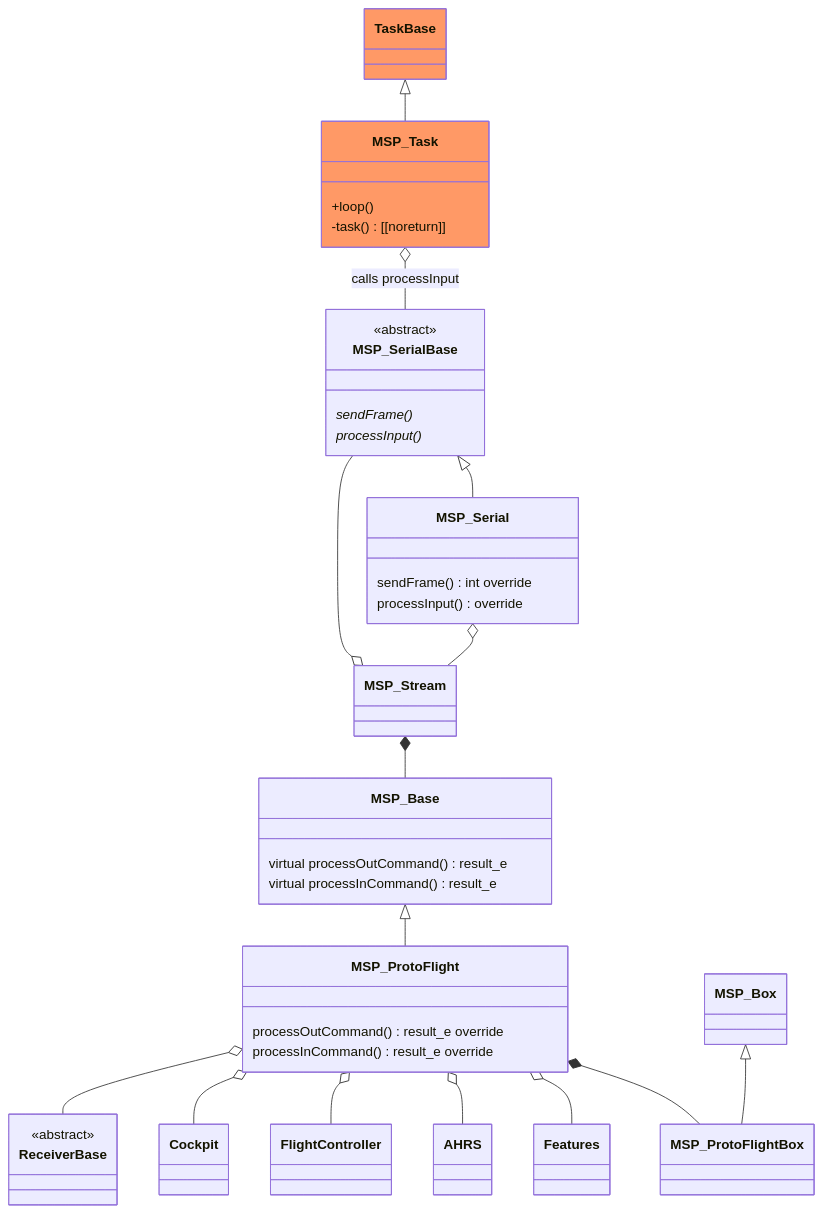
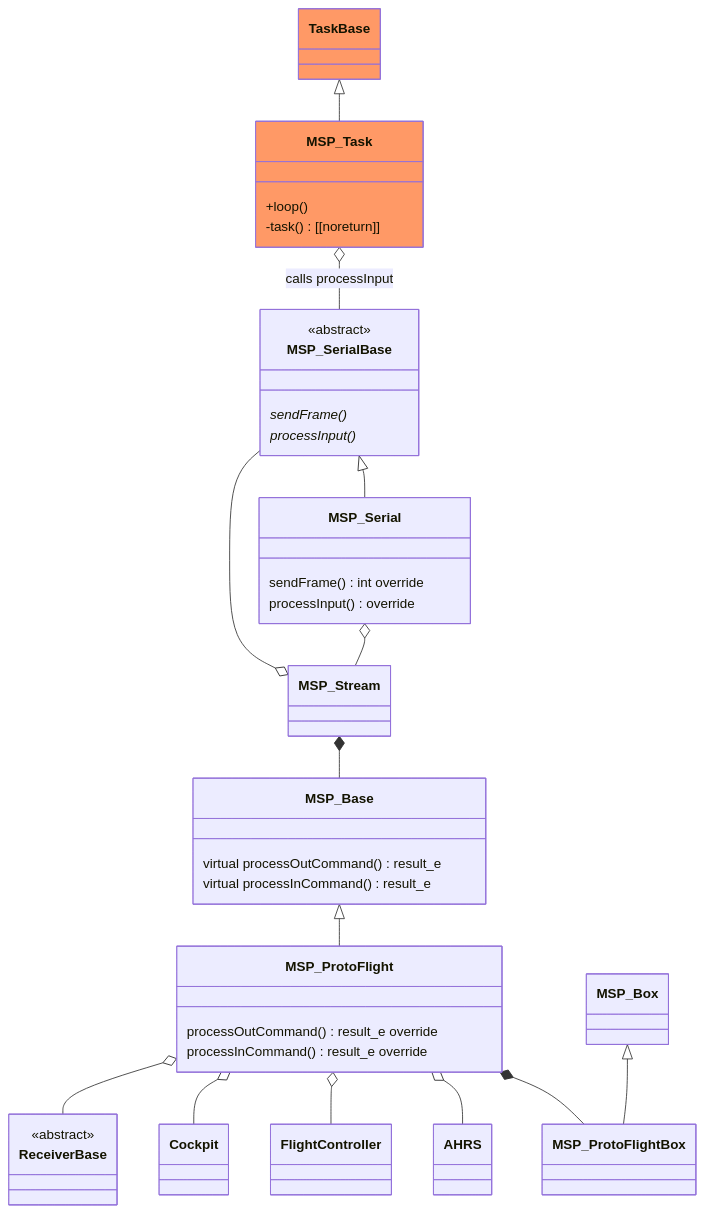
One commit to martinbudden/Protoflight changed the fourth of 6 diagrams in README.md. Above: the diagram before and after it, drawn with Mermaid. The commit also changed other lines of this file, not shown here.

````diff
--- a/README.md
+++ b/README.md
@@ -877,65 +877,64 @@
 ```mermaid
 classDiagram
     class MSP_SerialBase {
         <<abstract>>
         sendFrame() *
         processInput() *
     }
     link MSP_SerialBase "https://github.com/martinbudden/Library-MultiWiiSerialProtocol/blob/main/src/MSP_SerialBase.h"
     class MSP_Base {
         virtual processOutCommand() result_e
         virtual processInCommand() result_e
     }
     link MSP_Base "https://github.com/martinbudden/Library-MultiWiiSerialProtocol/blob/main/src/MSP_Base.h"
     class MSP_Stream {
     }
     link MSP_Stream "https://github.com/martinbudden/Library-MultiWiiSerialProtocol/blob/main/src/MSP_Stream.h"
     MSP_Stream *-- MSP_Base
     MSP_Stream o-- MSP_SerialBase
 
     MSP_SerialBase <|-- MSP_Serial
     class MSP_Serial {
         sendFrame() int override
         processInput() override
     }
     link MSP_Serial "https://github.com/martinbudden/protoflight/blob/main/lib/MSP/src/MSP_Serial.h"
     MSP_Serial o-- MSP_Stream
 
     MSP_Base <|-- MSP_ProtoFlight
     class MSP_ProtoFlight {
         processOutCommand() result_e override
         processInCommand() result_e override
     }
     link MSP_ProtoFlight "https://github.com/martinbudden/protoflight/blob/main/lib/MSP/src/MSP_ProtoFlight.h"
     class MSP_ProtoFlightBox {
     }
     link MSP_ProtoFlightBox "https://github.com/martinbudden/protoflight/blob/main/lib/MSP/src/MSP_ProtoFlightBox.h"
     MSP_ProtoFlight *-- MSP_ProtoFlightBox
-    MSP_ProtoFlight o-- Features
     MSP_ProtoFlight o-- AHRS
     MSP_ProtoFlight o-- FlightController
     MSP_ProtoFlight o-- Cockpit
     class ReceiverBase {
         <<abstract>>
     }
     link ReceiverBase "https://github.com/martinbudden/Library-Receiver/blob/main/src/ReceiverBase.h"
     MSP_ProtoFlight o-- ReceiverBase
 
     class MSP_Box {
     }
     link MSP_Box "https://github.com/martinbudden/Library-MultiWiiSerialProtocol/blob/main/src/MSP_Box.h"
     MSP_Box <|-- MSP_ProtoFlightBox
 
     class TaskBase:::taskClass {
     }
     link TaskBase "https://github.com/martinbudden/Library-TaskBase/blob/main/src/TaskBase.h"
     TaskBase <|-- MSP_Task
     class MSP_Task:::taskClass {
         +loop()
         -task() [[noreturn]]
     }
     link MSP_Task "https://github.com/martinbudden/Library-MultiWiiSerialProtocol/blob/main/src/MSP_Task.h"
     MSP_Task o-- MSP_SerialBase : calls processInput
 
     classDef taskClass fill:#f96
 ```
````
